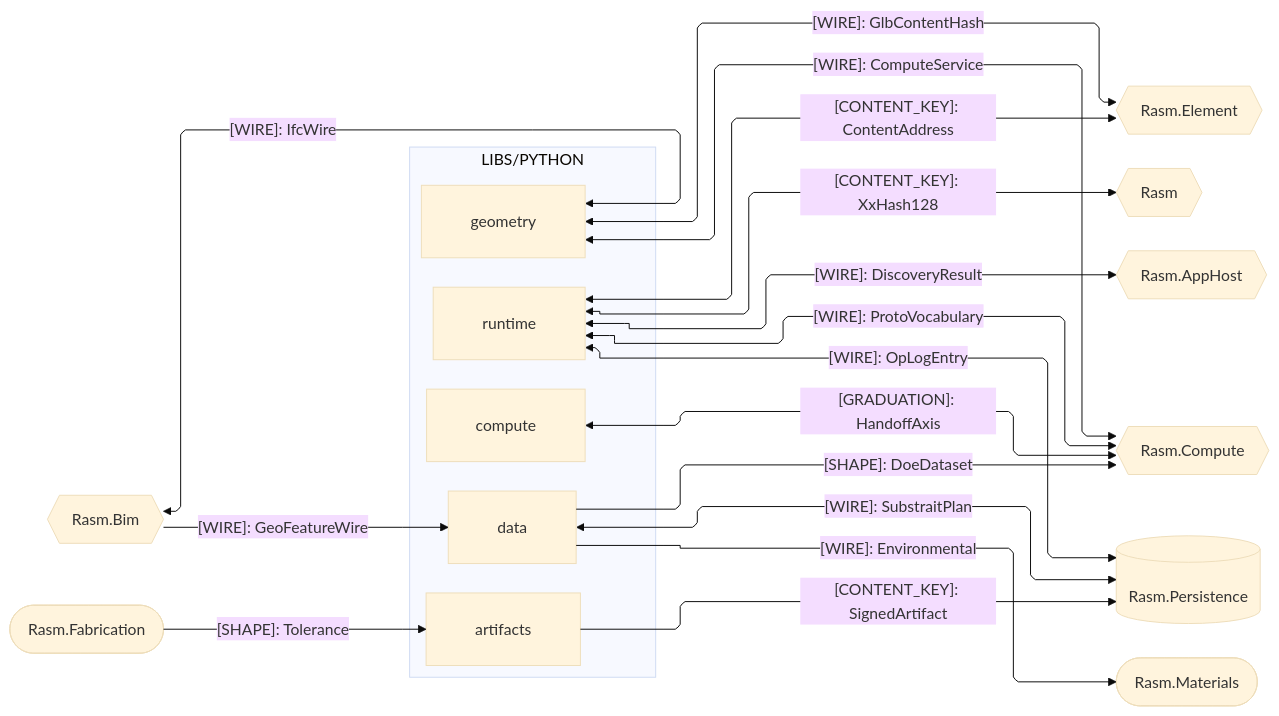
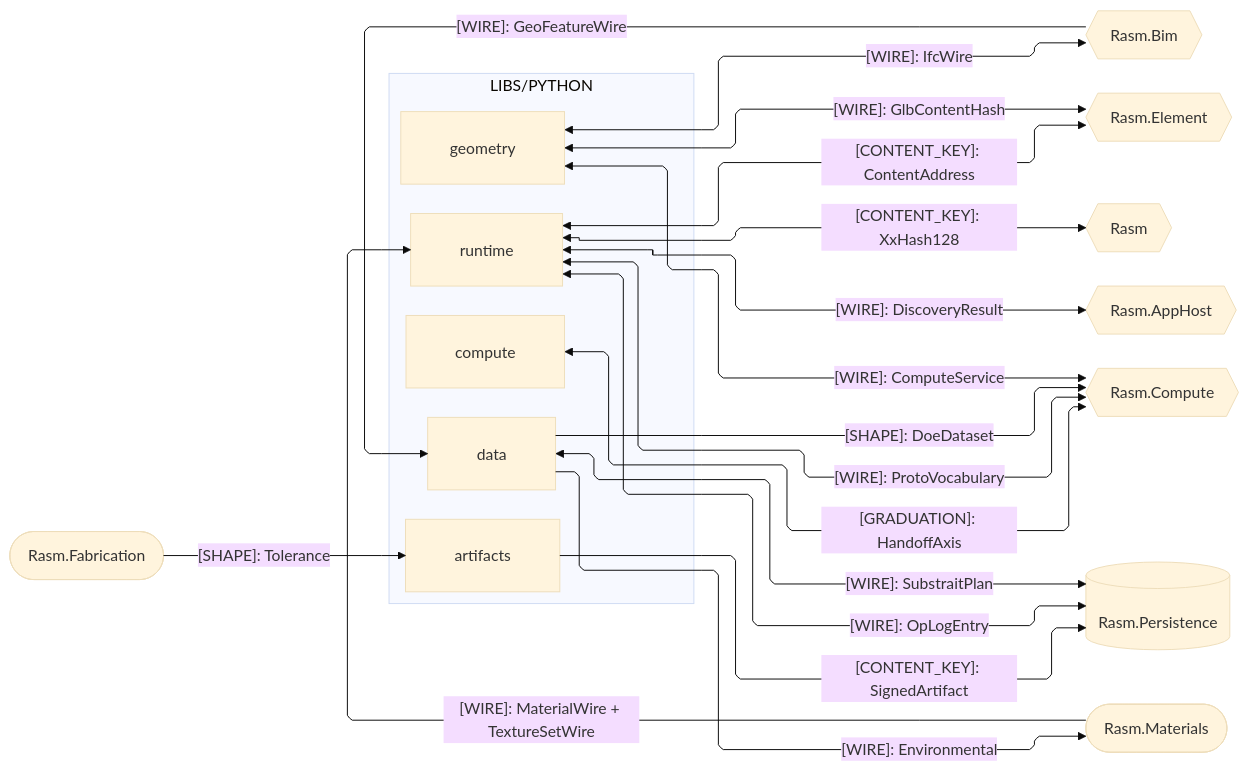
Before and after one commit to bsamiee/Rasm: the second of 4 diagrams in libs/python/.planning/ARCHITECTURE.md, drawn with Mermaid (base theme). The commit also changed 236 other files, not shown here.

````diff
--- a/libs/python/.planning/ARCHITECTURE.md
+++ b/libs/python/.planning/ARCHITECTURE.md
@@ -69,42 +69,43 @@
 ```mermaid
 ---
 config:
   layout: elk
   flowchart:
     curve: linear
     padding: 25
 ---
 flowchart LR
     accTitle: Python branch C# seam registry
     accDescr: Python packages exchanging kinded contract shapes with their C# counterparts; every edge carries kind plus shape.
     subgraph python[LIBS/PYTHON]
         Geometry[geometry]
         Runtime[runtime]
         Compute[compute]
         Data[data]
         Artifacts[artifacts]
     end
     Bim{{Rasm.Bim}}
     Element{{Rasm.Element}}
     Rasm{{Rasm}}
     AppHost{{Rasm.AppHost}}
     RasmCompute{{Rasm.Compute}}
     Persistence[(Rasm.Persistence)]
     Materials([Rasm.Materials])
     Fabrication([Rasm.Fabrication])
     Geometry e12@<-->|"[WIRE]: IfcWire"| Bim
     Geometry e13@<-->|"[WIRE]: GlbContentHash"| Element
     Geometry e11@<-->|"[WIRE]: ComputeService"| RasmCompute
     Runtime e5@<-->|"[CONTENT_KEY]: ContentAddress"| Element
     Runtime e1@<-->|"[CONTENT_KEY]: XxHash128"| Rasm
     Runtime e2@<-->|"[WIRE]: DiscoveryResult"| AppHost
     Runtime e4@<-->|"[WIRE]: ProtoVocabulary"| RasmCompute
     Runtime e3@<-->|"[WIRE]: OpLogEntry"| Persistence
     Compute e10@<-->|"[GRADUATION]: HandoffAxis"| RasmCompute
     Data e7@-->|"[SHAPE]: DoeDataset"| RasmCompute
     Data e6@<-->|"[WIRE]: SubstraitPlan"| Persistence
     Data e8@-->|"[WIRE]: Environmental"| Materials
+    Materials e16@-->|"[WIRE]: MaterialWire + TextureSetWire"| Runtime
     Bim e9@-->|"[WIRE]: GeoFeatureWire"| Data
     Artifacts e14@-->|"[CONTENT_KEY]: SignedArtifact"| Persistence
     Fabrication e15@-->|"[SHAPE]: Tolerance"| Artifacts
 ```
````
